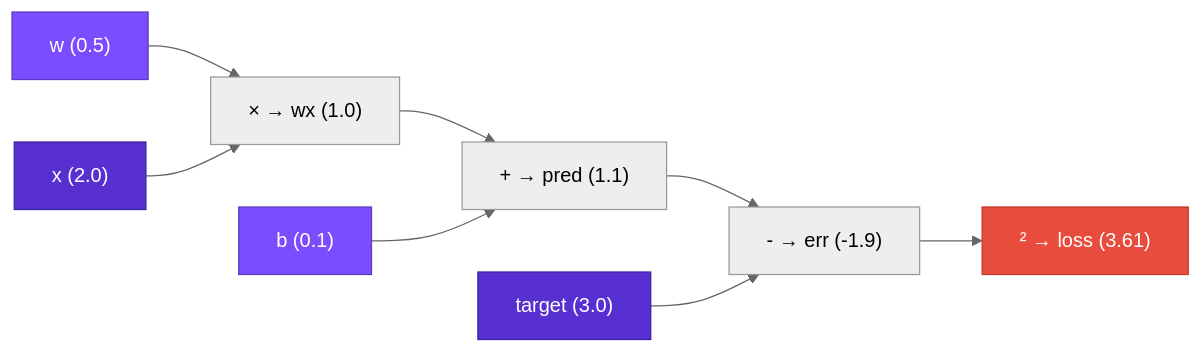
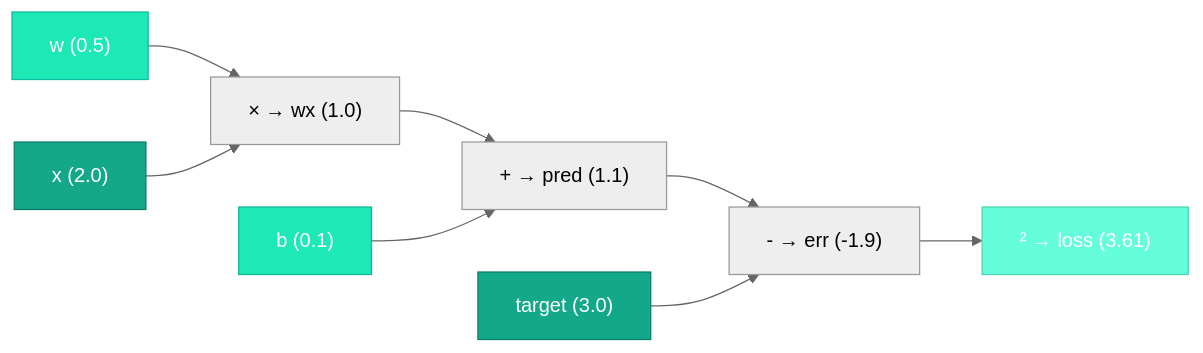
The diagram in docs/02-calculus-and-autograd/05-building-a-computation-graph.md (iamkhalid2/microgpt-course), drawn with Mermaid (neutral theme) before and after one commit. The commit also changed 23 other files, not shown here.

````diff
--- a/docs/02-calculus-and-autograd/05-building-a-computation-graph.md
+++ b/docs/02-calculus-and-autograd/05-building-a-computation-graph.md
@@ -36,16 +36,16 @@
 ```mermaid
 flowchart LR
     W["w (0.5)"] --> MUL["× → wx (1.0)"]
     X["x (2.0)"] --> MUL
     MUL --> ADD["+ → pred (1.1)"]
     B["b (0.1)"] --> ADD
     ADD --> SUB["- → err (-1.9)"]
     T["target (3.0)"] --> SUB
     SUB --> POW["² → loss (3.61)"]
 
-    style W fill:#7c4dff,stroke:#5c3cbf,color:#fff
-    style B fill:#7c4dff,stroke:#5c3cbf,color:#fff
-    style X fill:#5830d1,stroke:#3820a1,color:#fff
-    style T fill:#5830d1,stroke:#3820a1,color:#fff
-    style POW fill:#e74c3c,stroke:#c0392b,color:#fff
+    style W fill:#1de9b6,stroke:#0db99a,color:#fff
+    style B fill:#1de9b6,stroke:#0db99a,color:#fff
+    style X fill:#12a889,stroke:#0a7d68,color:#fff
+    style T fill:#12a889,stroke:#0a7d68,color:#fff
+    style POW fill:#64ffda,stroke:#4dd4b0,color:#fff
 ```
````
